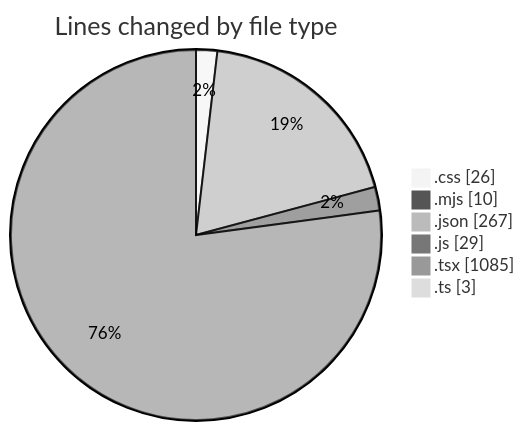
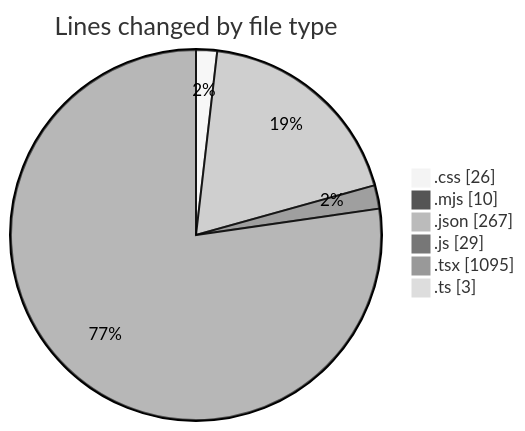
One commit to Ritupan-Deka/code-tracking changed the first of 2 diagrams in 2025-06-23/scopecraft/README.md. Above: the diagram before and after it, drawn with Mermaid (neutral theme). The commit also changed other lines of this file and 1 other file, not shown here.

````diff
--- a/2025-06-23/scopecraft/README.md
+++ b/2025-06-23/scopecraft/README.md
@@ -42,10 +42,10 @@
 ```mermaid
 pie showData
 title Lines changed by file type
 ".css" : 26
 ".mjs" : 10
 ".json" : 267
 ".js" : 29
-".tsx" : 1085
+".tsx" : 1095
 ".ts" : 3
 ```
````
